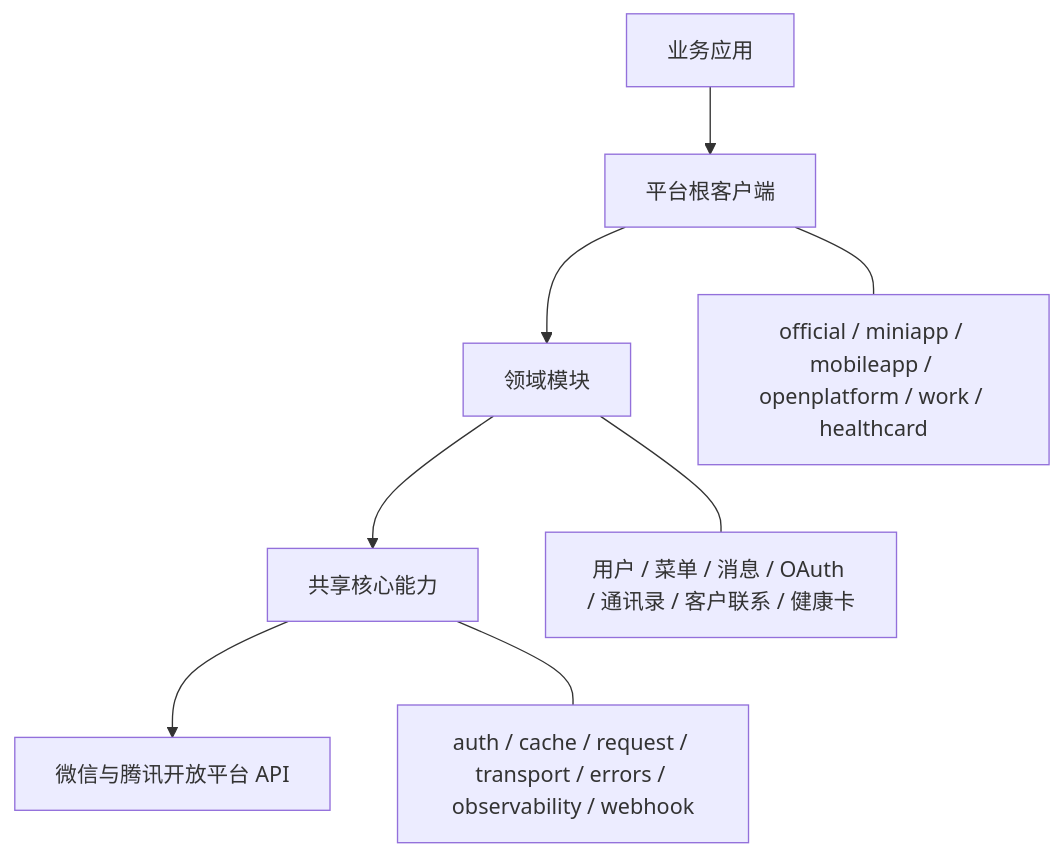
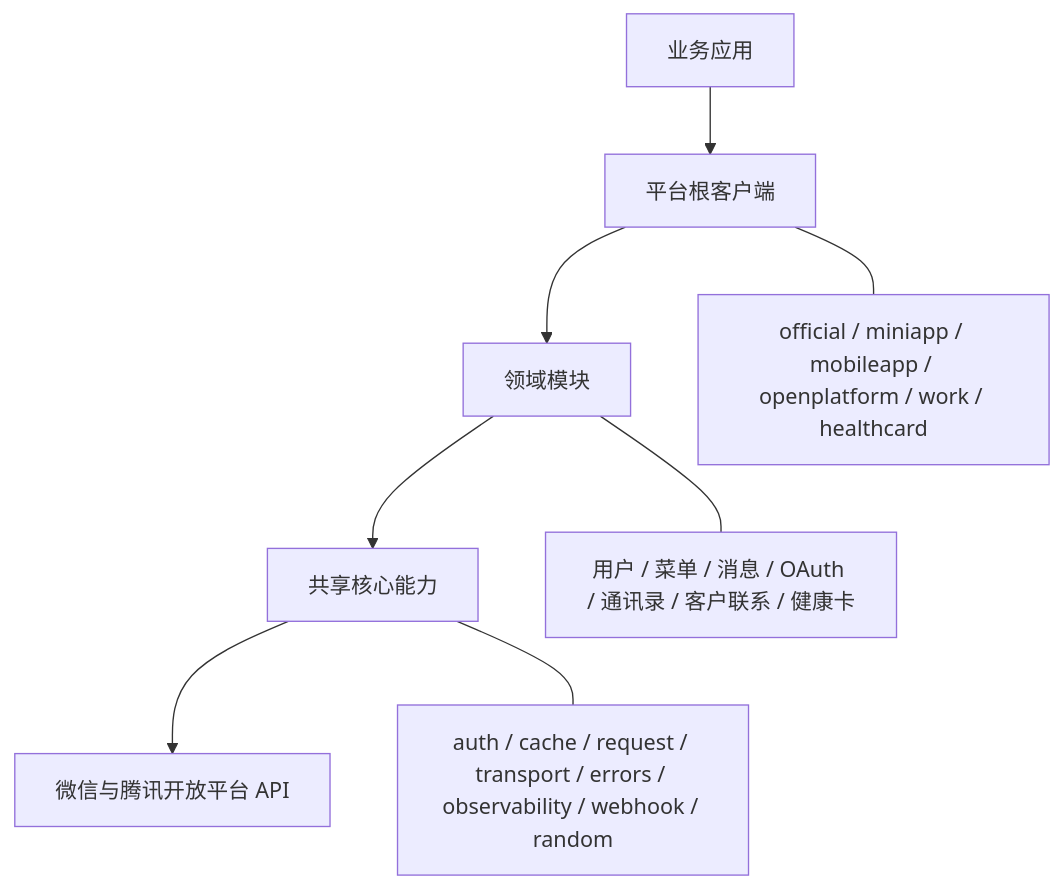
The first of 2 diagrams in wiki/Home.md (goairix/wx), drawn with Mermaid before and after one commit. The commit also changed other lines of this file and 1 other file, not shown here.

Commit message:
docs: explain how to use core capabilities

````diff
--- a/wiki/Home.md
+++ b/wiki/Home.md
@@ -54,11 +176,11 @@
 ```mermaid
 flowchart TB
     App[业务应用] --> Client[平台根客户端]
     Client --> Domain[领域模块]
     Domain --> Core[共享核心能力]
     Core --> Remote[微信与腾讯开放平台 API]
 
     Client --- Platforms[official / miniapp / mobileapp / openplatform / work / healthcard]
     Domain --- Domains[用户 / 菜单 / 消息 / OAuth / 通讯录 / 客户联系 / 健康卡]
-    Core --- Capabilities[auth / cache / request / transport / errors / observability / webhook]
+    Core --- Capabilities[auth / cache / request / transport / errors / observability / webhook / random]
 ```
````
